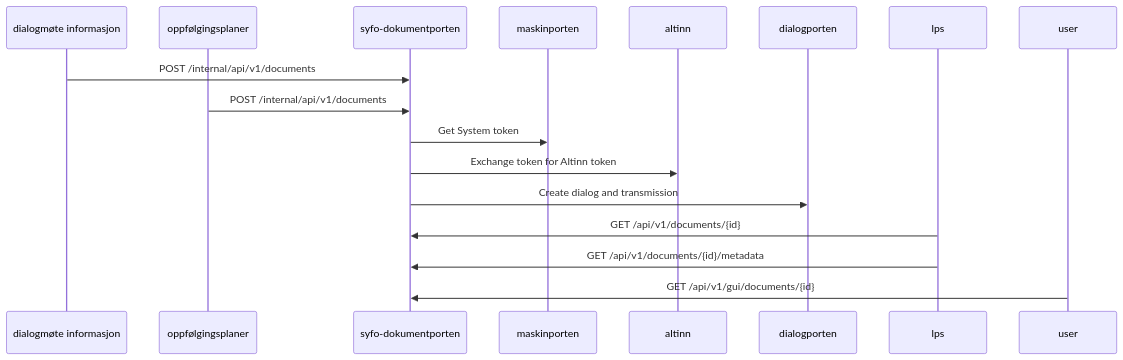
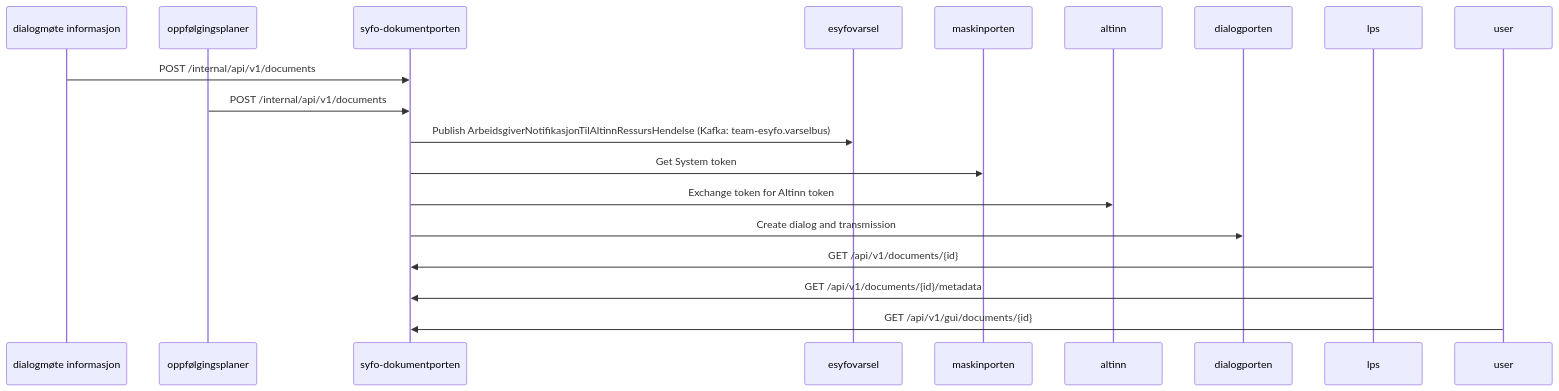
One commit to navikt/syfo-dokumentporten changed the third of 4 diagrams in README.md. Above: the diagram before and after it, drawn with Mermaid. The commit also changed other lines of this file, not shown here.

First line of the commit message:
docs(varsel): dokumenter esyfovarsel-publisering

````diff
--- a/README.md
+++ b/README.md
@@ -81,20 +81,22 @@
 ```mermaid
 sequenceDiagram
     participant dialogmote as dialogmøte informasjon 
     participant oppfolginsplan as oppfølgingsplaner
     participant dokumentporten as syfo-dokumentporten
+    participant esyfovarsel
     participant maskinporten
     participant altinn
     participant dialogporten
     participant lps
     participant user
 
     dialogmote ->> dokumentporten: POST /internal/api/v1/documents
     oppfolginsplan ->> dokumentporten: POST /internal/api/v1/documents
+    dokumentporten ->> esyfovarsel: Publish ArbeidsgiverNotifikasjonTilAltinnRessursHendelse (Kafka: team-esyfo.varselbus)
     dokumentporten ->> maskinporten: Get System token
     dokumentporten ->> altinn: Exchange token for Altinn token
     dokumentporten ->> dialogporten: Create dialog and transmission
     lps ->> dokumentporten: GET /api/v1/documents/{id}
     lps ->> dokumentporten: GET /api/v1/documents/{id}/metadata
     user ->> dokumentporten: GET /api/v1/gui/documents/{id}
 ```
````
